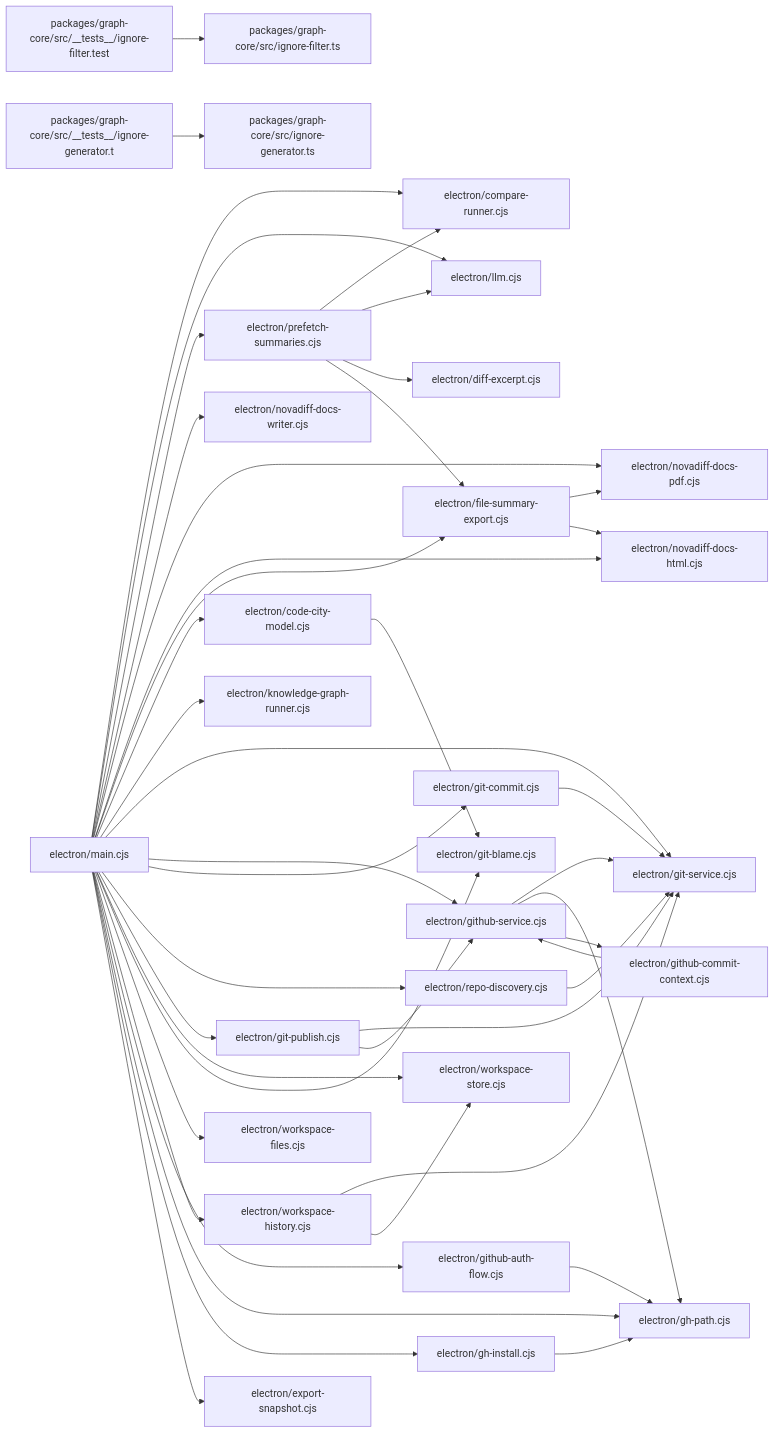
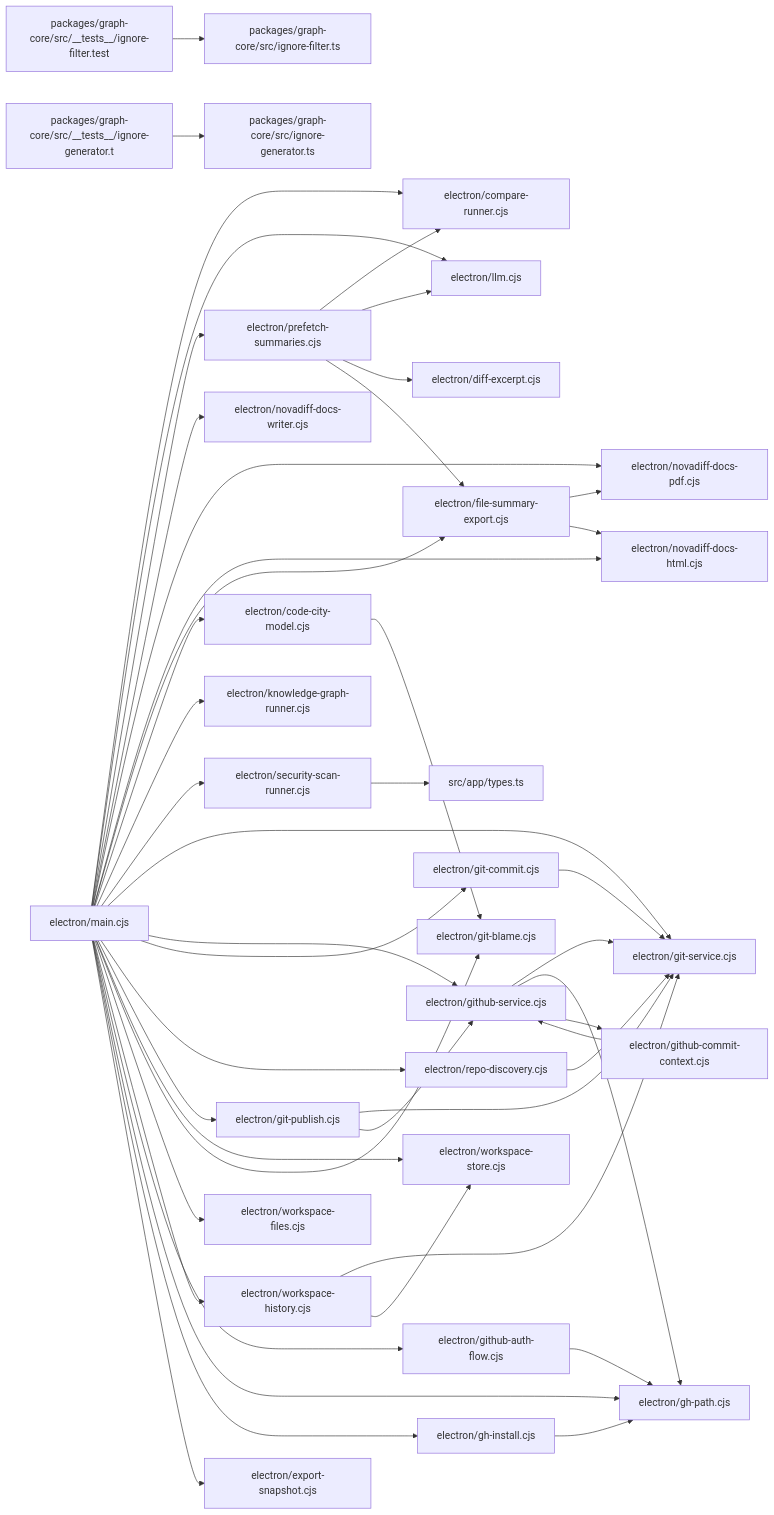
Before and after one commit to anomaloushuman/NovaDiff: the diagram in novadiff-docs/codebase-target/diagrams/module-imports.mmd, drawn with Mermaid. The commit also changed 493 other files, not shown here.

First line of the commit message:
refactor(src): full project rebuild with new architecture

```diff
--- a/novadiff-docs/codebase-target/diagrams/module-imports.mmd
+++ b/novadiff-docs/codebase-target/diagrams/module-imports.mmd
@@ -1,44 +1,46 @@
 flowchart LR
   electron_code_city_model_cjs["electron/code-city-model.cjs"] --> electron_git_blame_cjs["electron/git-blame.cjs"]
   electron_file_summary_export_cjs["electron/file-summary-export.cjs"] --> electron_novadiff_docs_pdf_cjs["electron/novadiff-docs-pdf.cjs"]
   electron_file_summary_export_cjs["electron/file-summary-export.cjs"] --> electron_novadiff_docs_html_cjs["electron/novadiff-docs-html.cjs"]
   electron_gh_install_cjs["electron/gh-install.cjs"] --> electron_gh_path_cjs["electron/gh-path.cjs"]
   electron_git_commit_cjs["electron/git-commit.cjs"] --> electron_git_service_cjs["electron/git-service.cjs"]
   electron_git_publish_cjs["electron/git-publish.cjs"] --> electron_git_service_cjs["electron/git-service.cjs"]
   electron_git_publish_cjs["electron/git-publish.cjs"] --> electron_github_service_cjs["electron/github-service.cjs"]
   electron_github_auth_flow_cjs["electron/github-auth-flow.cjs"] --> electron_gh_path_cjs["electron/gh-path.cjs"]
   electron_github_commit_context_cjs["electron/github-commit-context.cjs"] --> electron_github_service_cjs["electron/github-service.cjs"]
   electron_github_service_cjs["electron/github-service.cjs"] --> electron_git_service_cjs["electron/git-service.cjs"]
   electron_github_service_cjs["electron/github-service.cjs"] --> electron_gh_path_cjs["electron/gh-path.cjs"]
   electron_github_service_cjs["electron/github-service.cjs"] --> electron_github_commit_context_cjs["electron/github-commit-context.cjs"]
   electron_main_cjs["electron/main.cjs"] --> electron_compare_runner_cjs["electron/compare-runner.cjs"]
   electron_main_cjs["electron/main.cjs"] --> electron_llm_cjs["electron/llm.cjs"]
   electron_main_cjs["electron/main.cjs"] --> electron_prefetch_summaries_cjs["electron/prefetch-summaries.cjs"]
   electron_main_cjs["electron/main.cjs"] --> electron_novadiff_docs_writer_cjs["electron/novadiff-docs-writer.cjs"]
   electron_main_cjs["electron/main.cjs"] --> electron_novadiff_docs_pdf_cjs["electron/novadiff-docs-pdf.cjs"]
   electron_main_cjs["electron/main.cjs"] --> electron_novadiff_docs_html_cjs["electron/novadiff-docs-html.cjs"]
   electron_main_cjs["electron/main.cjs"] --> electron_file_summary_export_cjs["electron/file-summary-export.cjs"]
   electron_main_cjs["electron/main.cjs"] --> electron_code_city_model_cjs["electron/code-city-model.cjs"]
   electron_main_cjs["electron/main.cjs"] --> electron_knowledge_graph_runner_cjs["electron/knowledge-graph-runner.cjs"]
+  electron_main_cjs["electron/main.cjs"] --> electron_security_scan_runner_cjs["electron/security-scan-runner.cjs"]
   electron_main_cjs["electron/main.cjs"] --> electron_git_service_cjs["electron/git-service.cjs"]
   electron_main_cjs["electron/main.cjs"] --> electron_github_service_cjs["electron/github-service.cjs"]
   electron_main_cjs["electron/main.cjs"] --> electron_git_commit_cjs["electron/git-commit.cjs"]
   electron_main_cjs["electron/main.cjs"] --> electron_repo_discovery_cjs["electron/repo-discovery.cjs"]
   electron_main_cjs["electron/main.cjs"] --> electron_git_publish_cjs["electron/git-publish.cjs"]
   electron_main_cjs["electron/main.cjs"] --> electron_workspace_store_cjs["electron/workspace-store.cjs"]
   electron_main_cjs["electron/main.cjs"] --> electron_git_blame_cjs["electron/git-blame.cjs"]
   electron_main_cjs["electron/main.cjs"] --> electron_workspace_files_cjs["electron/workspace-files.cjs"]
   electron_main_cjs["electron/main.cjs"] --> electron_workspace_history_cjs["electron/workspace-history.cjs"]
   electron_main_cjs["electron/main.cjs"] --> electron_github_auth_flow_cjs["electron/github-auth-flow.cjs"]
   electron_main_cjs["electron/main.cjs"] --> electron_gh_path_cjs["electron/gh-path.cjs"]
   electron_main_cjs["electron/main.cjs"] --> electron_gh_install_cjs["electron/gh-install.cjs"]
   electron_main_cjs["electron/main.cjs"] --> electron_export_snapshot_cjs["electron/export-snapshot.cjs"]
   electron_prefetch_summaries_cjs["electron/prefetch-summaries.cjs"] --> electron_compare_runner_cjs["electron/compare-runner.cjs"]
   electron_prefetch_summaries_cjs["electron/prefetch-summaries.cjs"] --> electron_llm_cjs["electron/llm.cjs"]
   electron_prefetch_summaries_cjs["electron/prefetch-summaries.cjs"] --> electron_diff_excerpt_cjs["electron/diff-excerpt.cjs"]
   electron_prefetch_summaries_cjs["electron/prefetch-summaries.cjs"] --> electron_file_summary_export_cjs["electron/file-summary-export.cjs"]
   electron_repo_discovery_cjs["electron/repo-discovery.cjs"] --> electron_git_service_cjs["electron/git-service.cjs"]
+  electron_security_scan_runner_cjs["electron/security-scan-runner.cjs"] --> src_app_types_ts["src/app/types.ts"]
   electron_workspace_history_cjs["electron/workspace-history.cjs"] --> electron_git_service_cjs["electron/git-service.cjs"]
   electron_workspace_history_cjs["electron/workspace-history.cjs"] --> electron_workspace_store_cjs["electron/workspace-store.cjs"]
   packages_graph_core_src___tests___ignore_filter_test_ts["packages/graph-core/src/__tests__/ignore-filter.test"] --> packages_graph_core_src_ignore_filter_ts["packages/graph-core/src/ignore-filter.ts"]
   packages_graph_core_src___tests___ignore_generator_test_ts["packages/graph-core/src/__tests__/ignore-generator.t"] --> packages_graph_core_src_ignore_generator_ts["packages/graph-core/src/ignore-generator.ts"]
```
